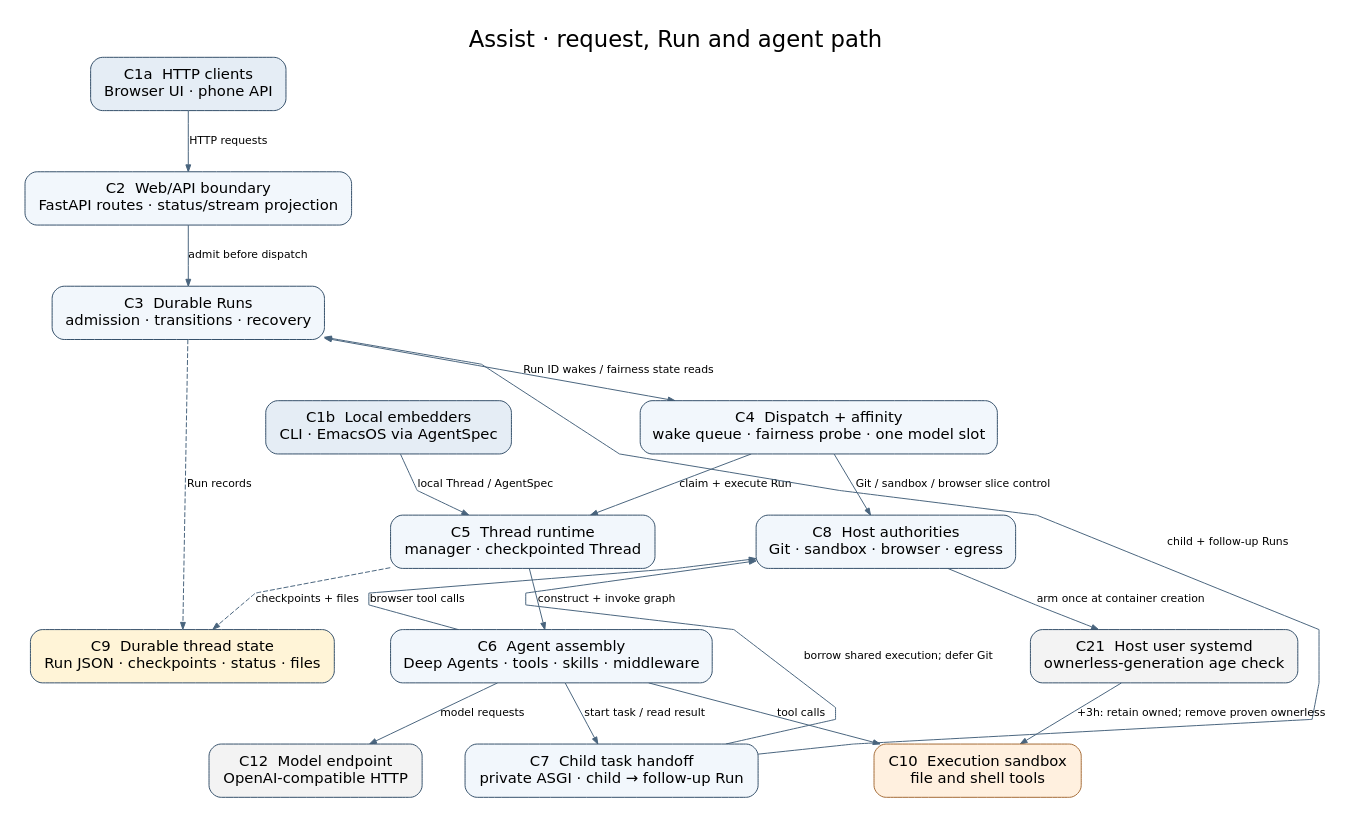
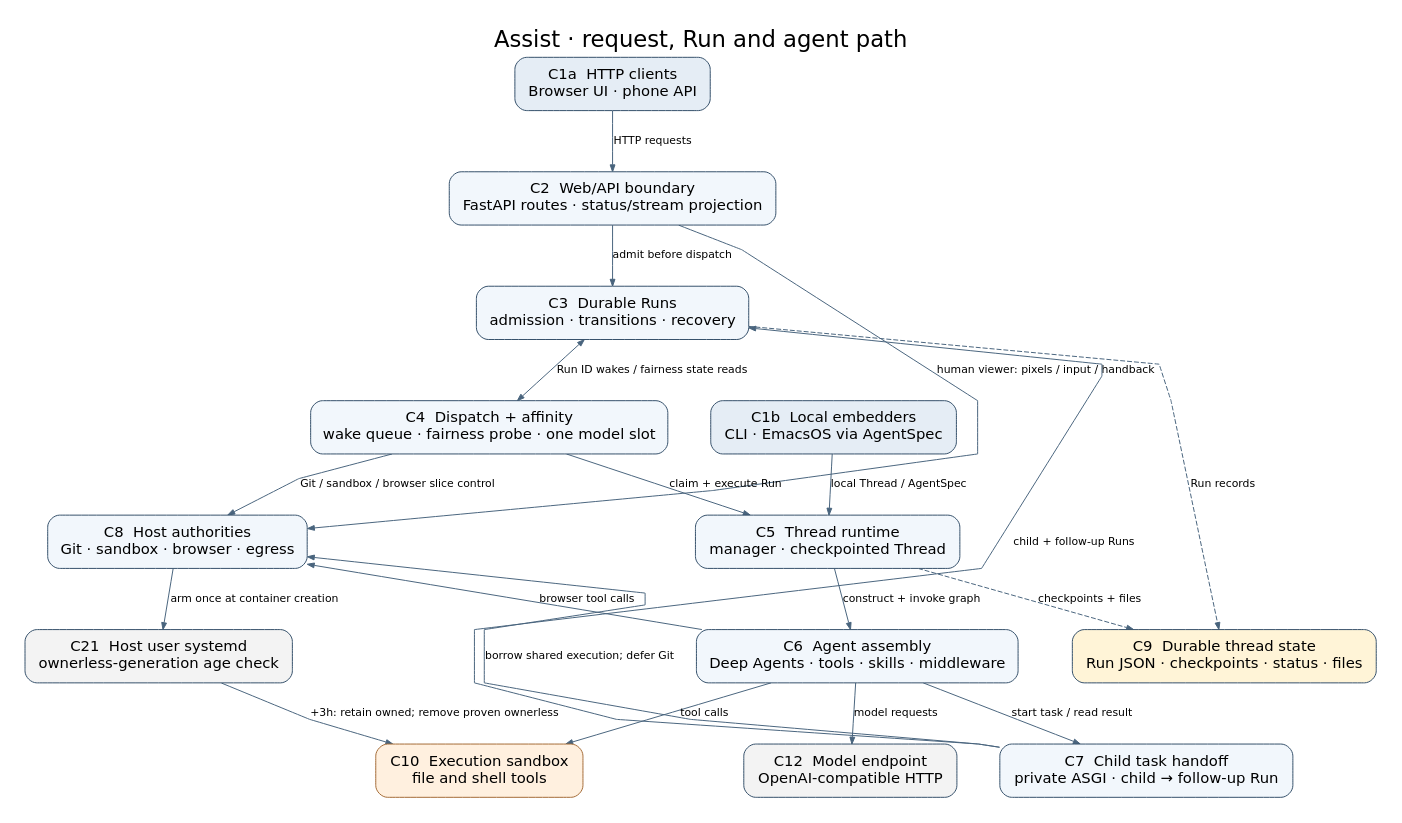
One commit to pierrel/assist changed the diagram in docs/architecture.dot. Above: the diagram before and after it, drawn with Graphviz. The commit also changed 13 other files, not shown here.

```diff
--- a/docs/architecture.dot
+++ b/docs/architecture.dot
@@ -1,48 +1,49 @@
 digraph Assist {
   graph [label="Assist · request, Run and agent path", labelloc=t,
          fontname="DejaVu Sans", fontsize=23, bgcolor="white",
          rankdir=TB, pad=0.25, nodesep=0.6, ranksep=0.68,
          splines=polyline, outputorder=edgesfirst];
   node [shape=box, style="rounded,filled", color="#34506a",
         fillcolor="#f2f7fc", fontname="DejaVu Sans", fontsize=15,
         margin="0.19,0.14"];
   edge [fontname="DejaVu Sans", fontsize=11, color="#49647d",
         arrowsize=0.7];
 
   C1a [label="C1a  HTTP clients\nBrowser UI · phone API",
        fillcolor="#e5edf5"];
   C1b [label="C1b  Local embedders\nCLI · EmacsOS via AgentSpec",
        fillcolor="#e5edf5"];
   C2 [label="C2  Web/API boundary\nFastAPI routes · status/stream projection"];
   C3 [label="C3  Durable Runs\nadmission · transitions · recovery"];
   C4 [label="C4  Dispatch + affinity\nwake queue · fairness probe · one model slot"];
   C5 [label="C5  Thread runtime\nmanager · checkpointed Thread"];
   C6 [label="C6  Agent assembly\nDeep Agents · tools · skills · middleware"];
   C7 [label="C7  Child task handoff\nprivate ASGI · child → follow-up Run"];
   C8 [label="C8  Host authorities\nGit · sandbox · browser · egress"];
   C9 [label="C9  Durable thread state\nRun JSON · checkpoints · status · files",
       fillcolor="#fff4d7"];
   C10 [label="C10  Execution sandbox\nfile and shell tools", fillcolor="#fff0df",
        color="#a46b36"];
   C12 [label="C12  Model endpoint\nOpenAI-compatible HTTP",
        fillcolor="#f3f3f3"];
   C21 [label="C21  Host user systemd\nownerless-generation age check", fillcolor="#f3f3f3"];
 
   C1a -> C2 [label="HTTP requests"];
   C2 -> C3 [label="admit before dispatch"];
   C3 -> C4 [label="Run ID wakes / fairness state reads", dir=both];
   C4 -> C5 [label="claim + execute Run"];
   C1b -> C5 [label="local Thread / AgentSpec"];
   C5 -> C6 [label="construct + invoke graph"];
   C6 -> C7 [label="start task / read result"];
   C7 -> C3 [label="child + follow-up Runs", constraint=false];
   C7 -> C8 [label="borrow shared execution; defer Git", constraint=false];
   C4 -> C8 [label="Git / sandbox / browser slice control"];
+  C2 -> C8 [label="human viewer: pixels / input / handback", constraint=false];
   C8 -> C21 [label="arm once at container creation"];
   C21 -> C10 [label="+3h: retain owned; remove proven ownerless"];
   C6 -> C8 [label="browser tool calls", constraint=false];
   C3 -> C9 [label="Run records", style=dashed];
   C5 -> C9 [label="checkpoints + files", style=dashed];
   C6 -> C10 [label="tool calls"];
   C6 -> C12 [label="model requests"];
 }
```
